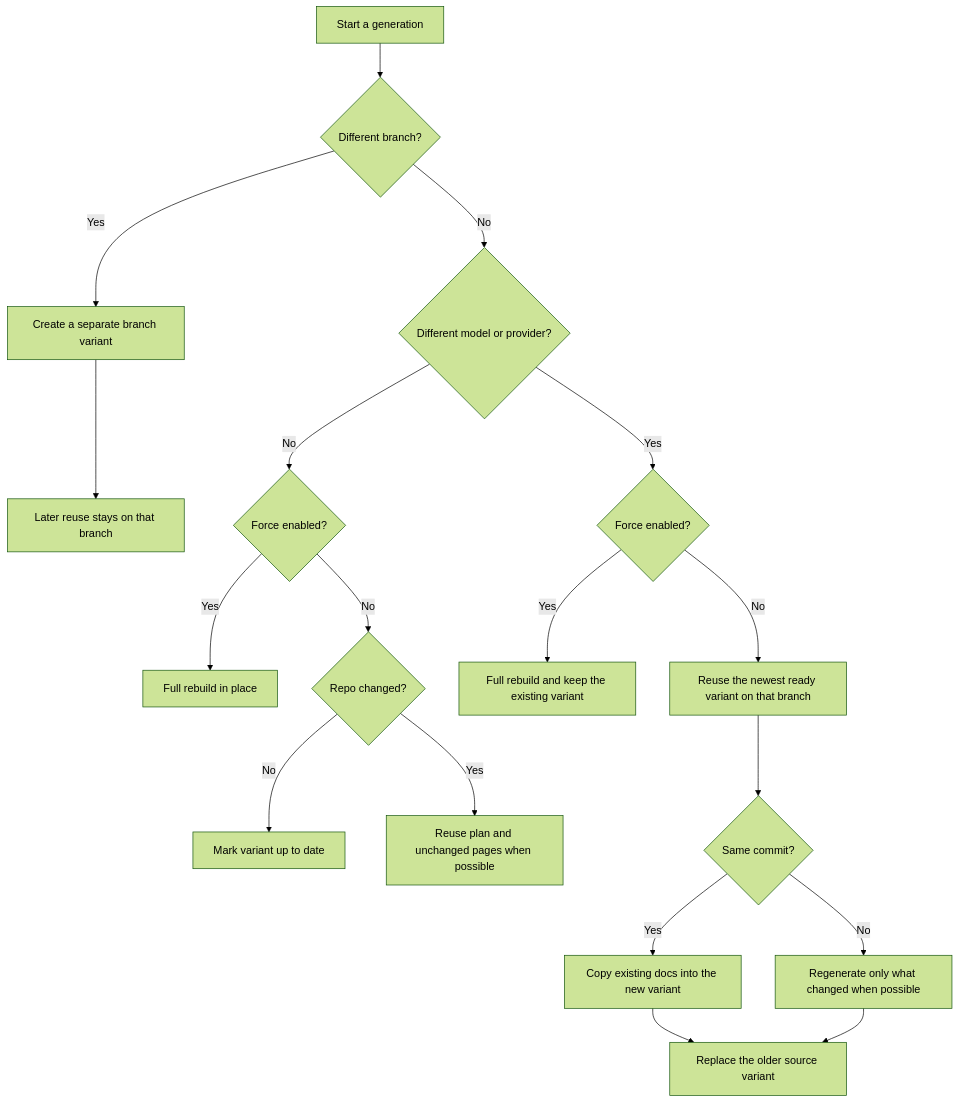
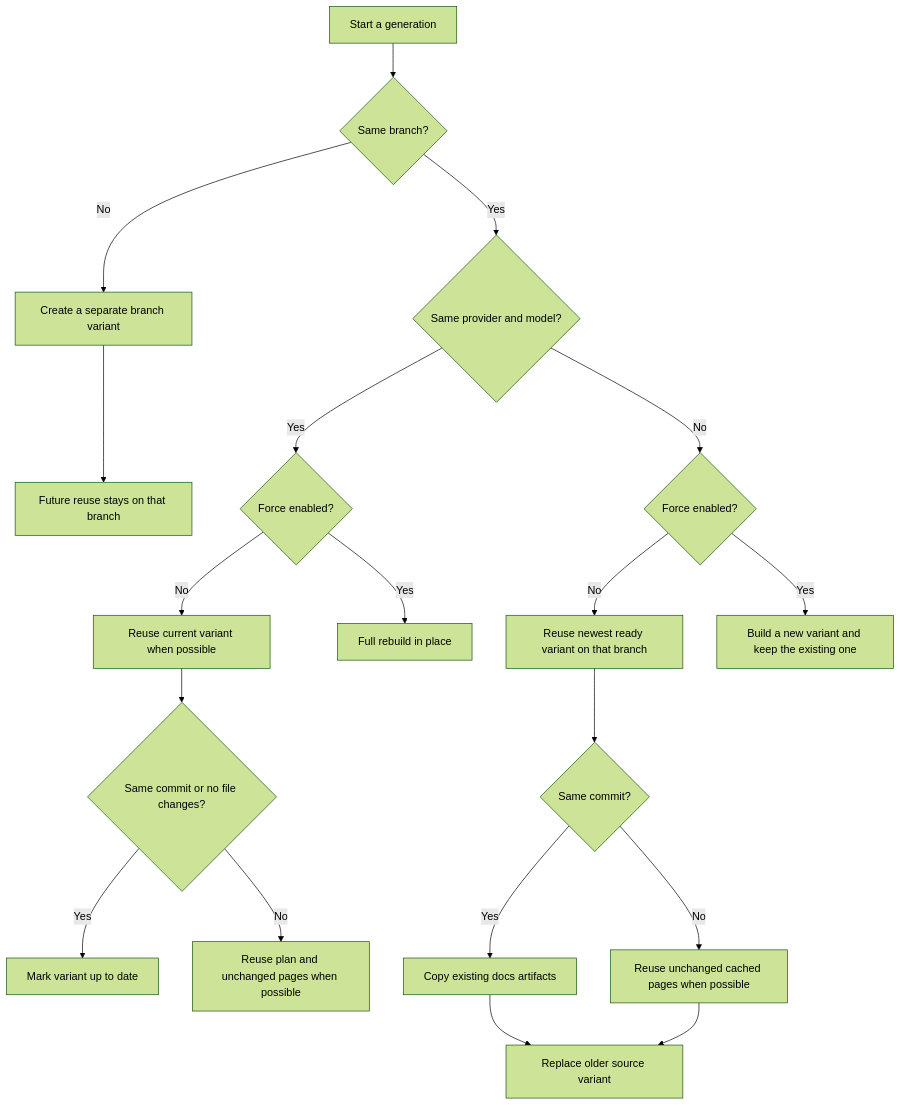
Before and after one commit to myk-org/docsfy: the diagram in docs/regenerate-for-new-branches-and-models.md, drawn with Mermaid (forest theme). The commit also changed other lines of this file and 42 other files, not shown here.

````diff
--- a/docs/regenerate-for-new-branches-and-models.md
+++ b/docs/regenerate-for-new-branches-and-models.md
@@ -85,20 +89,21 @@
 ```mermaid
 flowchart TD
-  A[Start a generation] --> B{Different branch?}
-  B -- Yes --> C[Create a separate branch variant]
-  C --> D[Later reuse stays on that branch]
-  B -- No --> E{Different model or provider?}
-  E -- No --> F{Force enabled?}
-  F -- Yes --> G[Full rebuild in place]
-  F -- No --> H{Repo changed?}
-  H -- No --> I[Mark variant up to date]
-  H -- Yes --> J[Reuse plan and unchanged pages when possible]
-  E -- Yes --> K{Force enabled?}
-  K -- Yes --> L[Full rebuild and keep the existing variant]
-  K -- No --> M[Reuse the newest ready variant on that branch]
+  A[Start a generation] --> B{Same branch?}
+  B -- No --> C[Create a separate branch variant]
+  C --> D[Future reuse stays on that branch]
+  B -- Yes --> E{Same provider and model?}
+  E -- Yes --> F{Force enabled?}
+  F -- No --> G[Reuse current variant when possible]
+  G --> H{Same commit or no file changes?}
+  H -- Yes --> I[Mark variant up to date]
+  H -- No --> J[Reuse plan and unchanged pages when possible]
+  F -- Yes --> K[Full rebuild in place]
+  E -- No --> L{Force enabled?}
+  L -- No --> M[Reuse newest ready variant on that branch]
   M --> N{Same commit?}
-  N -- Yes --> O[Copy existing docs into the new variant]
-  N -- No --> P[Regenerate only what changed when possible]
-  O --> Q[Replace the older source variant]
+  N -- Yes --> O[Copy existing docs artifacts]
+  N -- No --> P[Reuse unchanged cached pages when possible]
+  O --> Q[Replace older source variant]
   P --> Q
+  L -- Yes --> R[Build a new variant and keep the existing one]
 ```
````
